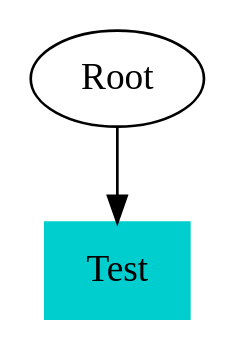
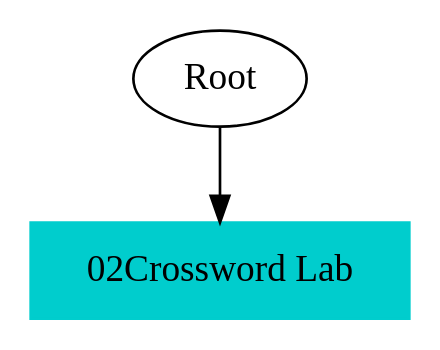
Before and after one commit to mypstom/robotide: the diagram in robotide/KTVgraph/TS2TS.gv, drawn with Graphviz. The commit also changed 25 other files, not shown here.

```diff
--- a/robotide/KTVgraph/TS2TS.gv
+++ b/robotide/KTVgraph/TS2TS.gv
@@ -1,6 +1,6 @@
 // TS <-> TS
 digraph {
 	Root
-	Test [color=cyan3 shape=box style=filled]
-		Root -> Test
+	"02Crossword Lab" [color=cyan3 shape=box style=filled]
+		Root -> "02Crossword Lab"
 }
```
